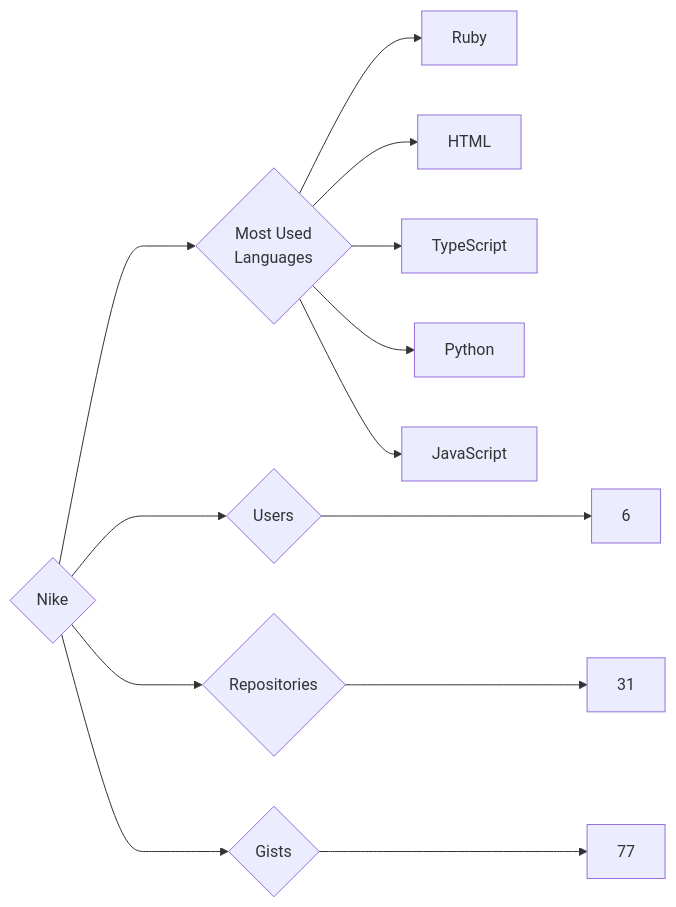
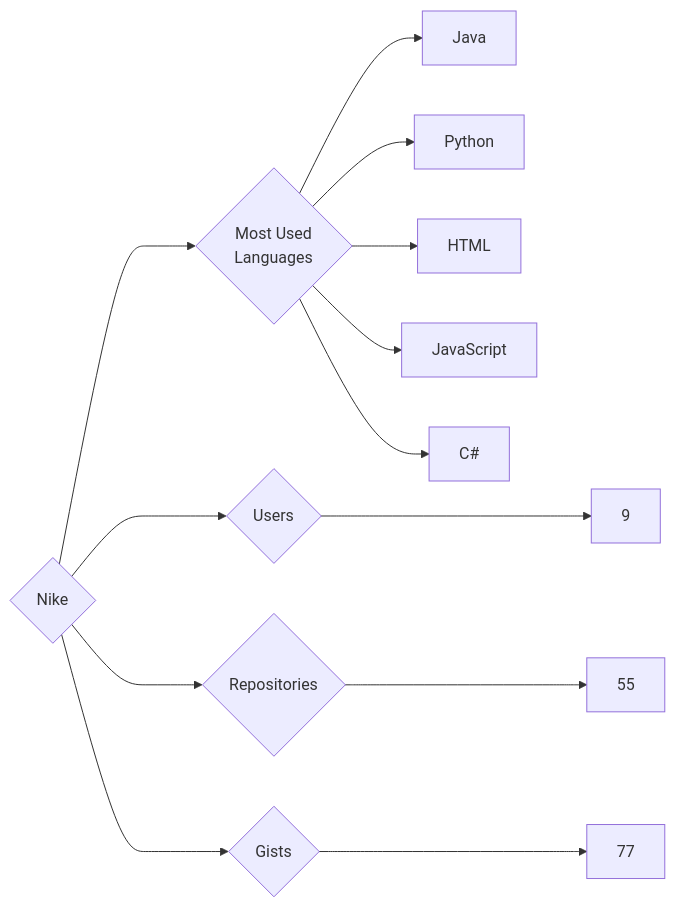
The diagram in targets/Nike/README.md (trickest/insiders), drawn with Mermaid before and after one commit. The commit also changed 715 other files, not shown here.

````diff
--- a/targets/Nike/README.md
+++ b/targets/Nike/README.md
@@ -3,13 +3,13 @@
 ```mermaid
 graph LR
 COMPANY_NAME{Nike}
-COMPANY_NAME ---> U{Users} ---> UN[6]
-COMPANY_NAME ---> R{Repositories} ---> RN[31]
+COMPANY_NAME ---> U{Users} ---> UN[9]
+COMPANY_NAME ---> R{Repositories} ---> RN[55]
 COMPANY_NAME ---> G{Gists} ---> GN[77]
 COMPANY_NAME ---> ML{Most Used<br>Languages}
-ML --> Ruby[Ruby]
+ML --> Java[Java]
+ML --> Python[Python]
 ML --> HTML[HTML]
-ML --> TypeScript[TypeScript]
-ML --> Python[Python]
 ML --> JavaScript[JavaScript]
+ML --> C#[C#]
 ```
````
